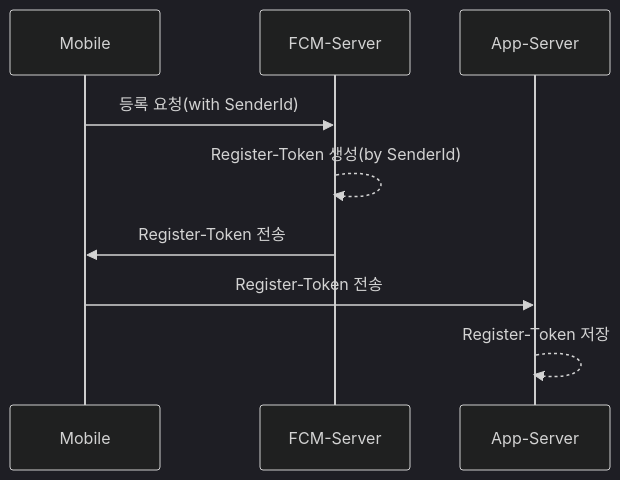
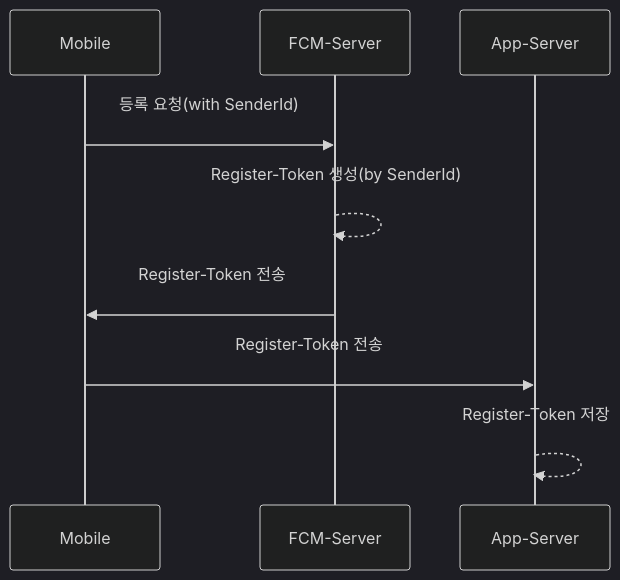
One commit to JiminiDaddy/JiminiDaddy.github.io changed the first of 2 diagrams in _posts/dev/push/2021-05-19-dev-push-fcm-개요.md. Above: the diagram before and after it, drawn with Mermaid (dark theme). The commit also changed other lines of this file, not shown here.

Commit message:
docs: mermaid contents 개행 추가

```diff
--- a/_posts/dev/push/2021-05-19-dev-push-fcm-개요.md
+++ b/_posts/dev/push/2021-05-19-dev-push-fcm-개요.md
@@ -41,8 +41,8 @@
 <div class="mermaid"> 
 sequenceDiagram;  
-    Mobile ->> FCM-Server: 등록 요청(with SenderId)  
-    FCM-Server -->> FCM-Server: Register-Token 생성(by SenderId)  
-    FCM-Server ->> Mobile: Register-Token 전송  
-    Mobile ->> App-Server: Register-Token 전송  
-    App-Server -->> App-Server: Register-Token 저장  
+    Mobile ->> FCM-Server: 등록 요청(with SenderId)<br>
+    FCM-Server -->> FCM-Server: Register-Token 생성(by SenderId)<br>
+    FCM-Server ->> Mobile: Register-Token 전송<br>
+    Mobile ->> App-Server: Register-Token 전송<br>
+    App-Server -->> App-Server: Register-Token 저장<br>
 </div>
```
